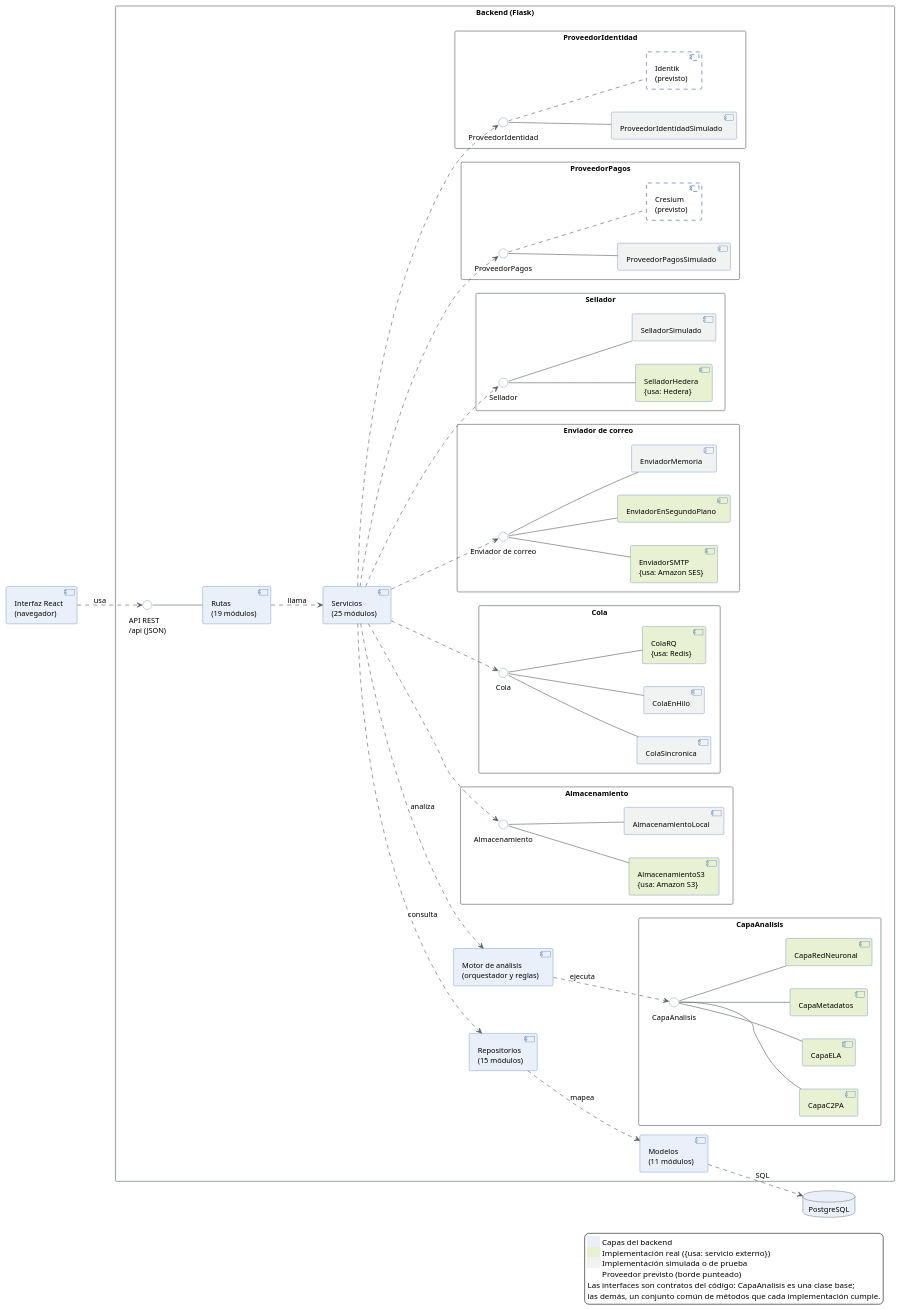
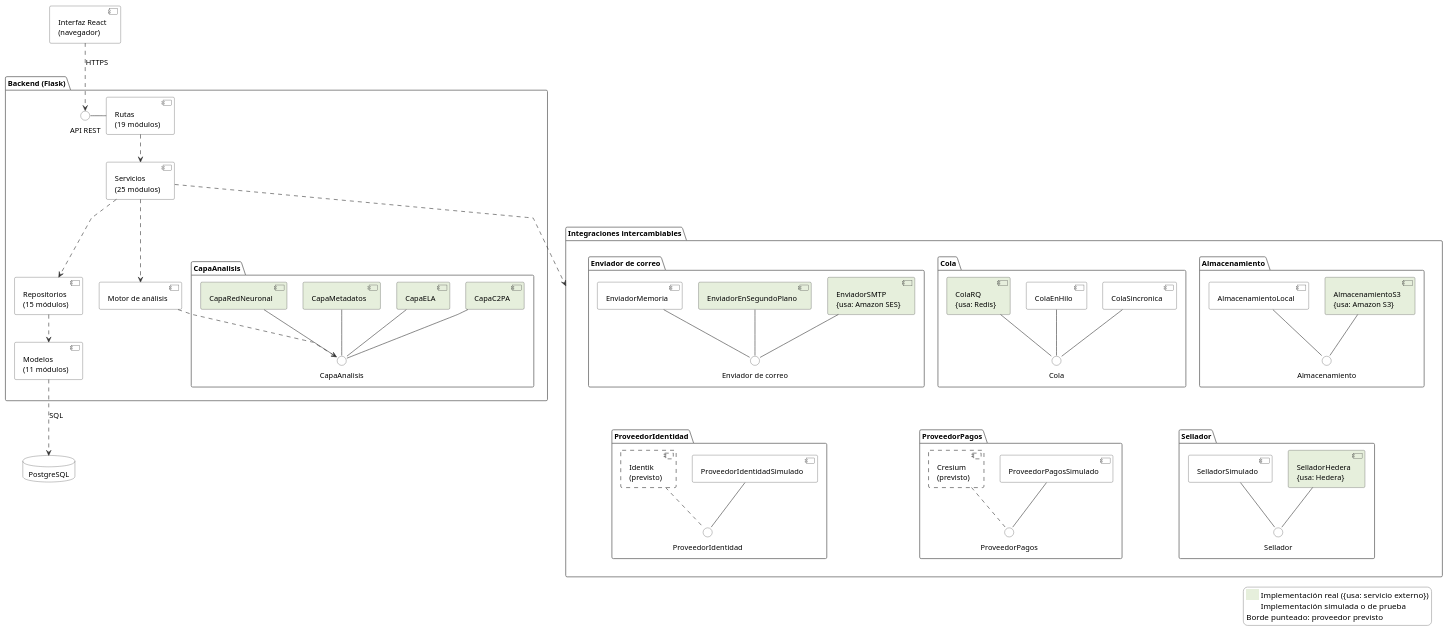
Before and after one commit to valentinasalmon/PFG-sistema-deteccion-IA: the diagram in docs/arquitectura/diagramas/08-componentes-uml.puml, drawn with PlantUML. The commit also changed 32 other files, not shown here.

First line of the commit message:
estilo(diagramas): diagramas ordenados con aspecto de hechos a mano

```diff
--- a/docs/arquitectura/diagramas/08-componentes-uml.puml
+++ b/docs/arquitectura/diagramas/08-componentes-uml.puml
@@ -1,109 +1,119 @@
 @startuml componentes
 skinparam defaultFontName Arial
 skinparam defaultFontSize 13
 skinparam shadowing false
-skinparam ArrowColor #4E5B54
-skinparam nodesep 40
-skinparam ranksep 55
-left to right direction
+skinparam linetype polyline
+skinparam nodesep 28
+skinparam ranksep 48
+skinparam ArrowColor #333333
 skinparam componentStyle uml2
-skinparam componentBorderColor #2F5DA8
-skinparam componentBackgroundColor #EAF0F9
-skinparam interfaceBorderColor #2F5DA8
-skinparam interfaceBackgroundColor #FFFFFF
-skinparam databaseBackgroundColor #EAF0F9
-skinparam rectangleBorderColor #9AA5A0
-skinparam packageBorderColor #4E5B54
-skinparam packageStyle rectangle
-skinparam legendBackgroundColor #FFFFFF
+skinparam component {
+  BackgroundColor #FFFFFF
+  BorderColor #333333
+}
+skinparam interface {
+  BackgroundColor #FFFFFF
+  BorderColor #333333
+}
+skinparam package {
+  BorderColor #777777
+  FontStyle bold
+}
+skinparam database {
+  BackgroundColor #FFFFFF
+  BorderColor #333333
+}
+skinparam legend {
+  BackgroundColor #FFFFFF
+  BorderColor #999999
+}
+top to bottom direction
 
 component "Interfaz React\n(navegador)" as spa
-package "Backend (Flask)" {
-  interface "API REST\n/api (JSON)" as iapi
+package "Backend (Flask)" as backend {
+  interface "API REST" as iapi
   component "Rutas\n(19 módulos)" as rutas
   component "Servicios\n(25 módulos)" as servicios
   component "Repositorios\n(15 módulos)" as repos
   component "Modelos\n(11 módulos)" as modelos
-  component "Motor de análisis\n(orquestador y reglas)" as motor
+  component "Motor de análisis" as motor
+  package "CapaAnalisis" as marco_capaanalisis {
+    interface "CapaAnalisis" as i_capaanalisis
+    component "CapaC2PA" as capac2pa #E6EFDC
+    component "CapaELA" as capaela #E6EFDC
+    component "CapaMetadatos" as capametadatos #E6EFDC
+    component "CapaRedNeuronal" as caparedneuronal #E6EFDC
+  }
+}
+package "Integraciones intercambiables" as integraciones {
   package "Almacenamiento" as marco_almacenamiento {
     interface "Almacenamiento" as i_almacenamiento
-    component "AlmacenamientoS3\n{usa: Amazon S3}" as almacenamientos3 #E8F1D2
-    component "AlmacenamientoLocal" as almacenamientolocal #F1F3F2
+    component "AlmacenamientoS3\n{usa: Amazon S3}" as almacenamientos3 #E6EFDC
+    component "AlmacenamientoLocal" as almacenamientolocal
   }
   package "Cola" as marco_cola {
     interface "Cola" as i_cola
-    component "ColaSincronica" as colasincronica #F1F3F2
-    component "ColaEnHilo" as colaenhilo #F1F3F2
-    component "ColaRQ\n{usa: Redis}" as colarq #E8F1D2
+    component "ColaSincronica" as colasincronica
+    component "ColaEnHilo" as colaenhilo
+    component "ColaRQ\n{usa: Redis}" as colarq #E6EFDC
   }
   package "Enviador de correo" as marco_enviadordecorreo {
     interface "Enviador de correo" as i_enviadordecorreo
-    component "EnviadorSMTP\n{usa: Amazon SES}" as enviadorsmtp #E8F1D2
-    component "EnviadorEnSegundoPlano" as enviadorensegundoplano #E8F1D2
-    component "EnviadorMemoria" as enviadormemoria #F1F3F2
+    component "EnviadorSMTP\n{usa: Amazon SES}" as enviadorsmtp #E6EFDC
+    component "EnviadorEnSegundoPlano" as enviadorensegundoplano #E6EFDC
+    component "EnviadorMemoria" as enviadormemoria
   }
   package "Sellador" as marco_sellador {
     interface "Sellador" as i_sellador
-    component "SelladorHedera\n{usa: Hedera}" as selladorhedera #E8F1D2
-    component "SelladorSimulado" as selladorsimulado #F1F3F2
+    component "SelladorHedera\n{usa: Hedera}" as selladorhedera #E6EFDC
+    component "SelladorSimulado" as selladorsimulado
   }
   package "ProveedorPagos" as marco_proveedorpagos {
     interface "ProveedorPagos" as i_proveedorpagos
-    component "ProveedorPagosSimulado" as proveedorpagossimulado #F1F3F2
+    component "ProveedorPagosSimulado" as proveedorpagossimulado
     component "Cresium\n(previsto)" as cresium #FFFFFF;line.dashed
   }
   package "ProveedorIdentidad" as marco_proveedoridentidad {
     interface "ProveedorIdentidad" as i_proveedoridentidad
-    component "ProveedorIdentidadSimulado" as proveedoridentidadsimulado #F1F3F2
+    component "ProveedorIdentidadSimulado" as proveedoridentidadsimulado
     component "Identik\n(previsto)" as identik #FFFFFF;line.dashed
-  }
-  package "CapaAnalisis" as marco_capaanalisis {
-    interface "CapaAnalisis" as i_capaanalisis
-    component "CapaC2PA" as capac2pa #E8F1D2
-    component "CapaELA" as capaela #E8F1D2
-    component "CapaMetadatos" as capametadatos #E8F1D2
-    component "CapaRedNeuronal" as caparedneuronal #E8F1D2
   }
 }
 database "PostgreSQL" as pg
-spa ..> iapi : usa
-rutas -up- iapi
-rutas ..> servicios : llama
-servicios ..> repos : consulta
-repos ..> modelos : mapea
+
+spa ..> iapi : HTTPS
+iapi - rutas
+rutas ..> servicios
+servicios ..> repos
+repos ..> modelos
 modelos ..> pg : SQL
-servicios ..> motor : analiza
-motor ..> i_capaanalisis : ejecuta
-servicios ..> i_almacenamiento
-i_almacenamiento -- almacenamientos3
-i_almacenamiento -- almacenamientolocal
-servicios ..> i_cola
-i_cola -- colasincronica
-i_cola -- colaenhilo
-i_cola -- colarq
-servicios ..> i_enviadordecorreo
-i_enviadordecorreo -- enviadorsmtp
-i_enviadordecorreo -- enviadorensegundoplano
-i_enviadordecorreo -- enviadormemoria
-servicios ..> i_sellador
-i_sellador -- selladorhedera
-i_sellador -- selladorsimulado
-servicios ..> i_proveedorpagos
-i_proveedorpagos -- proveedorpagossimulado
-i_proveedorpagos .. cresium
-servicios ..> i_proveedoridentidad
-i_proveedoridentidad -- proveedoridentidadsimulado
-i_proveedoridentidad .. identik
-i_capaanalisis -- capac2pa
-i_capaanalisis -- capaela
-i_capaanalisis -- capametadatos
-i_capaanalisis -- caparedneuronal
-legend right
-<back:#EAF0F9>      </back> Capas del backend
-<back:#E8F1D2>      </back> Implementación real ({usa: servicio externo})
-<back:#F1F3F2>      </back> Implementación simulada o de prueba
-<back:#FFFFFF>      </back> Proveedor previsto (borde punteado)
-Las interfaces son contratos del código: CapaAnalisis es una clase base;
-las demás, un conjunto común de métodos que cada implementación cumple.
+servicios ..> motor
+motor ..> i_capaanalisis
+servicios ..> integraciones
+almacenamientos3 -- i_almacenamiento
+almacenamientolocal -- i_almacenamiento
+colasincronica -- i_cola
+colaenhilo -- i_cola
+colarq -- i_cola
+enviadorsmtp -- i_enviadordecorreo
+enviadorensegundoplano -- i_enviadordecorreo
+enviadormemoria -- i_enviadordecorreo
+selladorhedera -- i_sellador
+selladorsimulado -- i_sellador
+proveedorpagossimulado -- i_proveedorpagos
+cresium .. i_proveedorpagos
+proveedoridentidadsimulado -- i_proveedoridentidad
+identik .. i_proveedoridentidad
+capac2pa -- i_capaanalisis
+capaela -- i_capaanalisis
+capametadatos -- i_capaanalisis
+caparedneuronal -- i_capaanalisis
+i_almacenamiento -[hidden]down- selladorhedera
+i_cola -[hidden]down- proveedorpagossimulado
+i_enviadordecorreo -[hidden]down- proveedoridentidadsimulado
+legend bottom right
+<back:#E6EFDC>      </back> Implementación real ({usa: servicio externo})
+<back:#FFFFFF>      </back> Implementación simulada o de prueba
+Borde punteado: proveedor previsto
 endlegend
 @enduml
```
